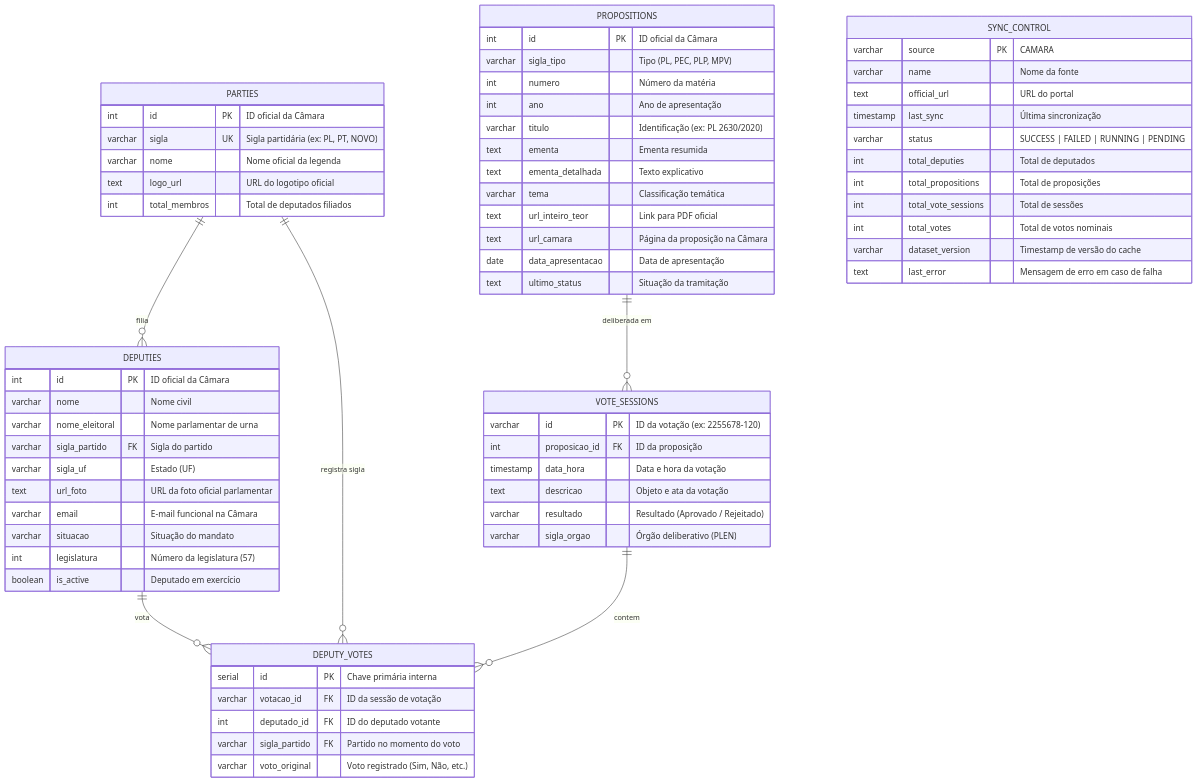
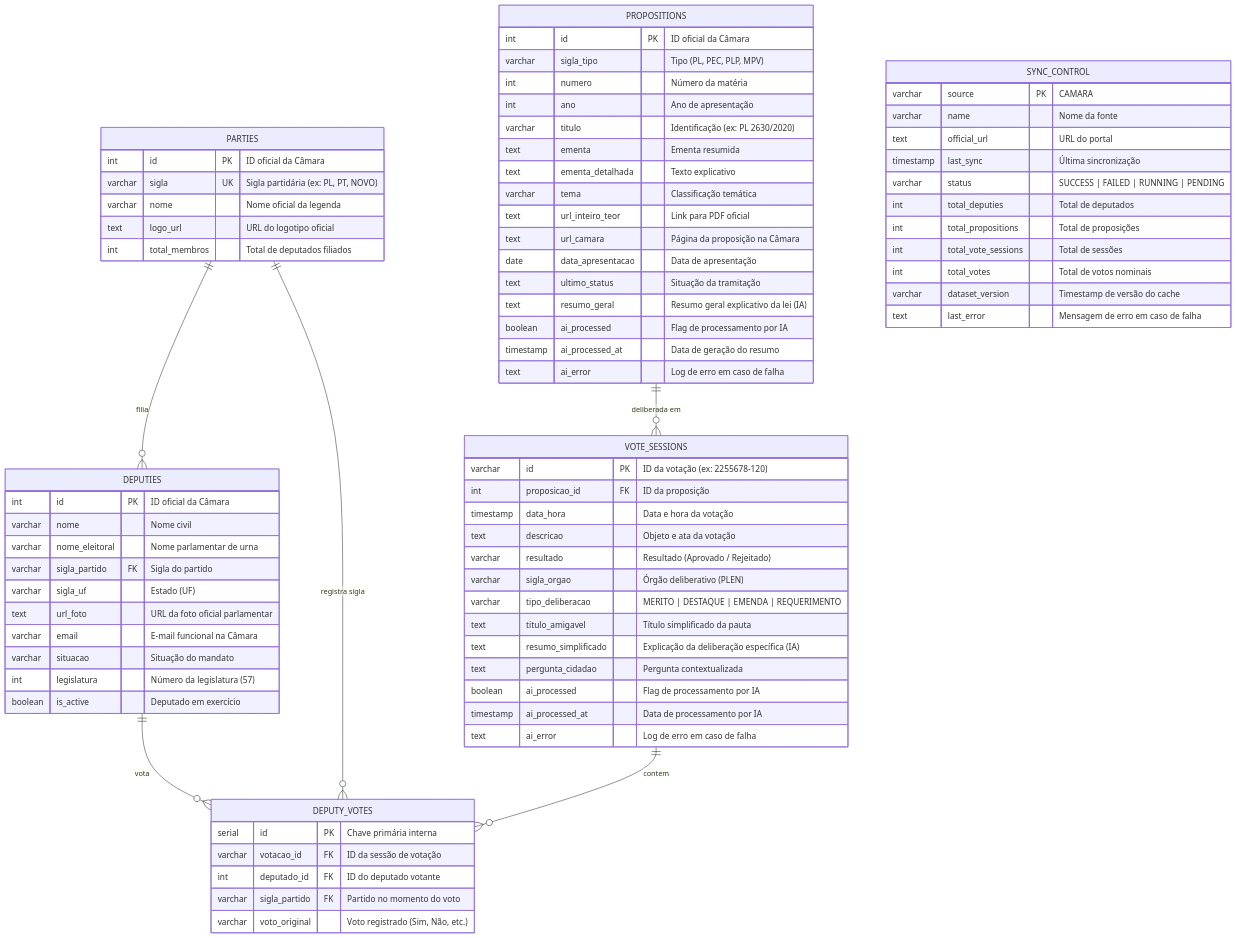
The fifth of 5 diagrams in README.md (didifive/legisvisao), drawn with Mermaid before and after one commit. The commit also changed other lines of this file and 13 other files, not shown here.

Commit message:
feat: integrate AI-generated summaries into proposition tracking and feedback flow

```diff
--- a/README.md
+++ b/README.md
@@ -285,6 +298,10 @@
         text url_camara "Página da proposição na Câmara"
         date data_apresentacao "Data de apresentação"
         text ultimo_status "Situação da tramitação"
+        text resumo_geral "Resumo geral explicativo da lei (IA)"
+        boolean ai_processed "Flag de processamento por IA"
+        timestamp ai_processed_at "Data de geração do resumo"
+        text ai_error "Log de erro em caso de falha"
     }
 
     VOTE_SESSIONS {
@@ -294,6 +311,13 @@
         text descricao "Objeto e ata da votação"
         varchar resultado "Resultado (Aprovado / Rejeitado)"
         varchar sigla_orgao "Órgão deliberativo (PLEN)"
+        varchar tipo_deliberacao "MERITO | DESTAQUE | EMENDA | REQUERIMENTO"
+        text titulo_amigavel "Título simplificado da pauta"
+        text resumo_simplificado "Explicação da deliberação específica (IA)"
+        text pergunta_cidadao "Pergunta contextualizada"
+        boolean ai_processed "Flag de processamento por IA"
+        timestamp ai_processed_at "Data de processamento por IA"
+        text ai_error "Log de erro em caso de falha"
     }
 
     DEPUTY_VOTES {
```
